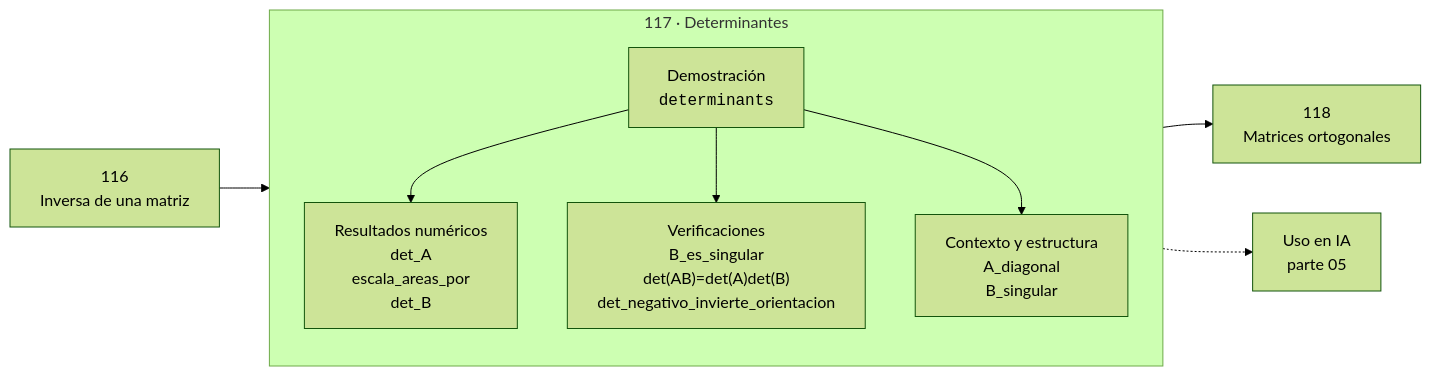
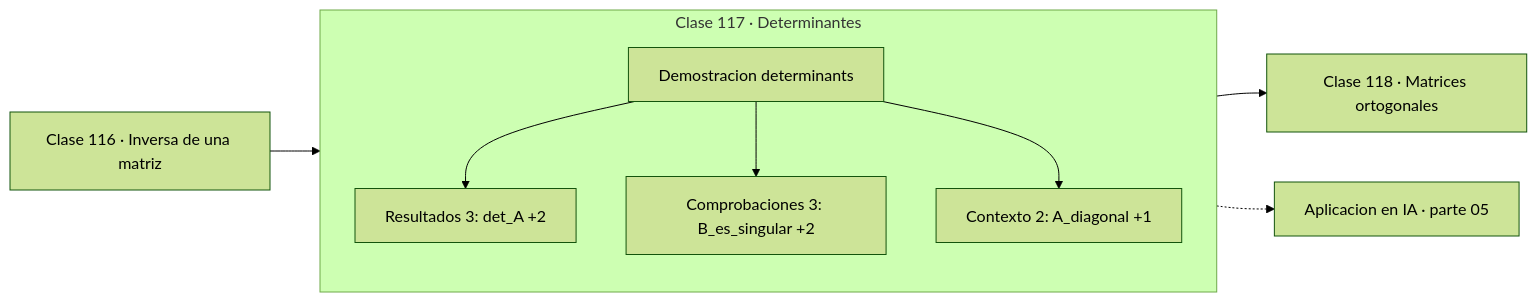
The diagram in classes/part-05-algebra-lineal-i-vectores-y-matrices/117-determinantes/README.md (vladimiracunadev-create/computational-mathematics-program), drawn with Mermaid (forest theme) before and after one commit. The commit also changed 389 other files, not shown here.

First line of the commit message:
fix(diagramas): elimina el HTML de las etiquetas Mermaid

````diff
--- a/classes/part-05-algebra-lineal-i-vectores-y-matrices/117-determinantes/README.md
+++ b/classes/part-05-algebra-lineal-i-vectores-y-matrices/117-determinantes/README.md
@@ -30,12 +30,13 @@
 ```mermaid
 flowchart LR
-    P["116<br/>Inversa de una matriz"] --> C
-    subgraph C["117 · Determinantes"]
+    P["Clase 116 · Inversa de una matriz"] --> D
+    subgraph CLASE["Clase 117 · Determinantes"]
         direction TB
-        D["Demostración<br/><code>determinants</code>"] --> R["Resultados numéricos<br/>det_A<br/>escala_areas_por<br/>det_B"]
-        D --> V["Verificaciones<br/>B_es_singular<br/>det(AB)=det(A)det(B)<br/>det_negativo_invierte_orientacion"]
-        D --> O["Contexto y estructura<br/>A_diagonal<br/>B_singular"]
+        D["Demostracion determinants"]
+        D --> R["Resultados 3: det_A +2"]
+        D --> V["Comprobaciones 3: B_es_singular +2"]
+        D --> O["Contexto 2: A_diagonal +1"]
     end
-    C --> N["118<br/>Matrices ortogonales"]
-    C -.-> IA["Uso en IA<br/>parte 05"]
+    R --> N["Clase 118 · Matrices ortogonales"]
+    V -.-> IA["Aplicacion en IA · parte 05"]
 ```
````
